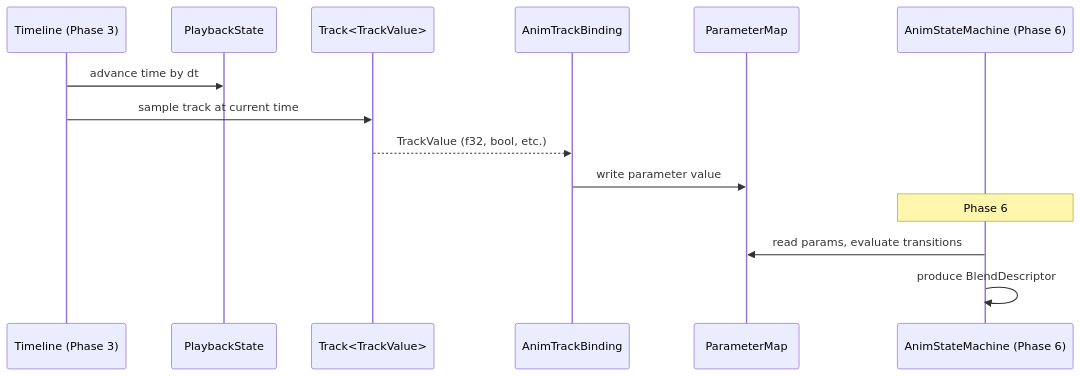
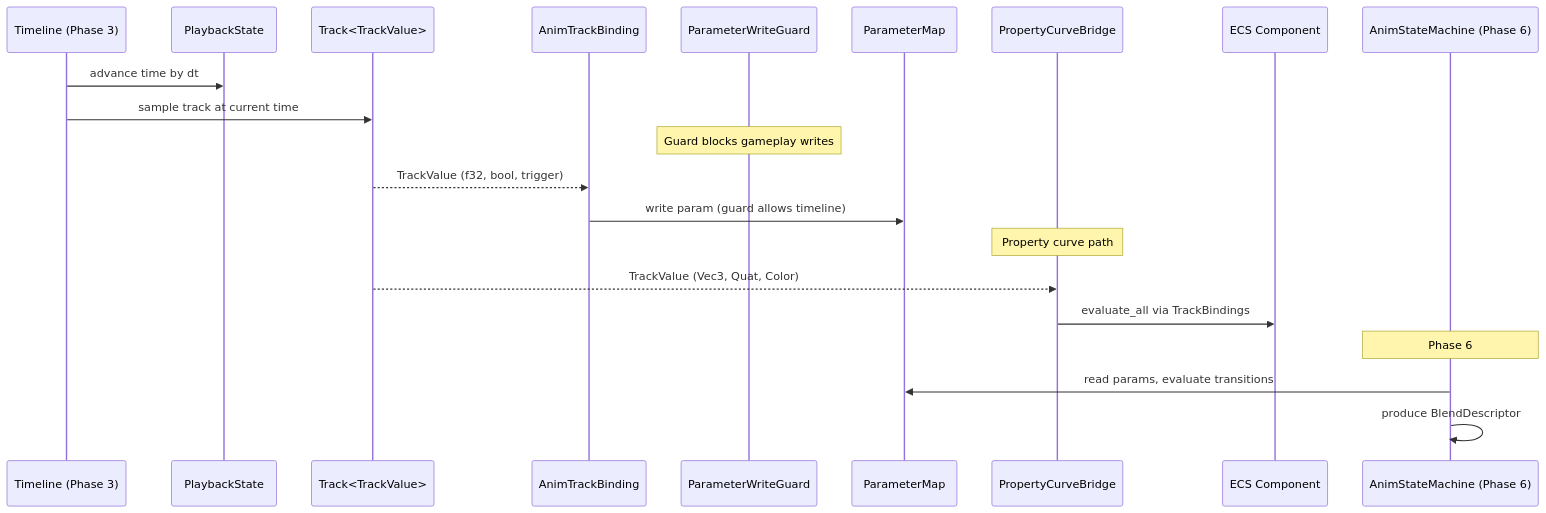
The first of 2 diagrams in docs/design/integration/animation-timelines.md (harmonius-dev/harmonius), drawn with Mermaid before and after one commit. The commit also changed other lines of this file and 57 other files, not shown here.

````diff
--- a/docs/design/integration/animation-timelines.md
+++ b/docs/design/integration/animation-timelines.md
@@ -79,17 +135,27 @@
 ```mermaid
 sequenceDiagram
     participant TL as Timeline (Phase 3)
     participant PS as PlaybackState
     participant Trk as Track<TrackValue>
     participant Bind as AnimTrackBinding
+    participant Guard as ParameterWriteGuard
     participant PM as ParameterMap
+    participant PCB as PropertyCurveBridge
+    participant ECS as ECS Component
     participant SM as AnimStateMachine (Phase 6)
 
     TL->>PS: advance time by dt
     TL->>Trk: sample track at current time
-    Trk-->>Bind: TrackValue (f32, bool, etc.)
-    Bind->>PM: write parameter value
+
+    Note over Guard: Guard blocks gameplay writes
+    Trk-->>Bind: TrackValue (f32, bool, trigger)
+    Bind->>PM: write param (guard allows timeline)
+
+    Note over PCB: Property curve path
+    Trk-->>PCB: TrackValue (Vec3, Quat, Color)
+    PCB->>ECS: evaluate_all via TrackBindings
+
     Note over SM: Phase 6
     SM->>PM: read params, evaluate transitions
     SM->>SM: produce BlendDescriptor
 ```
````
